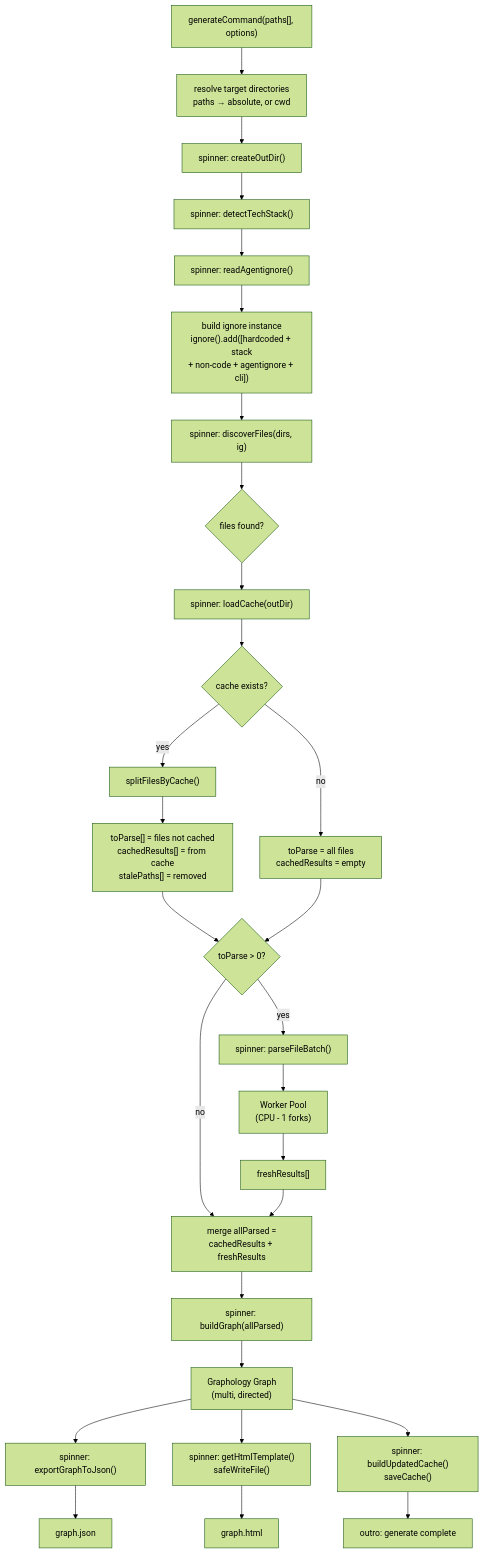
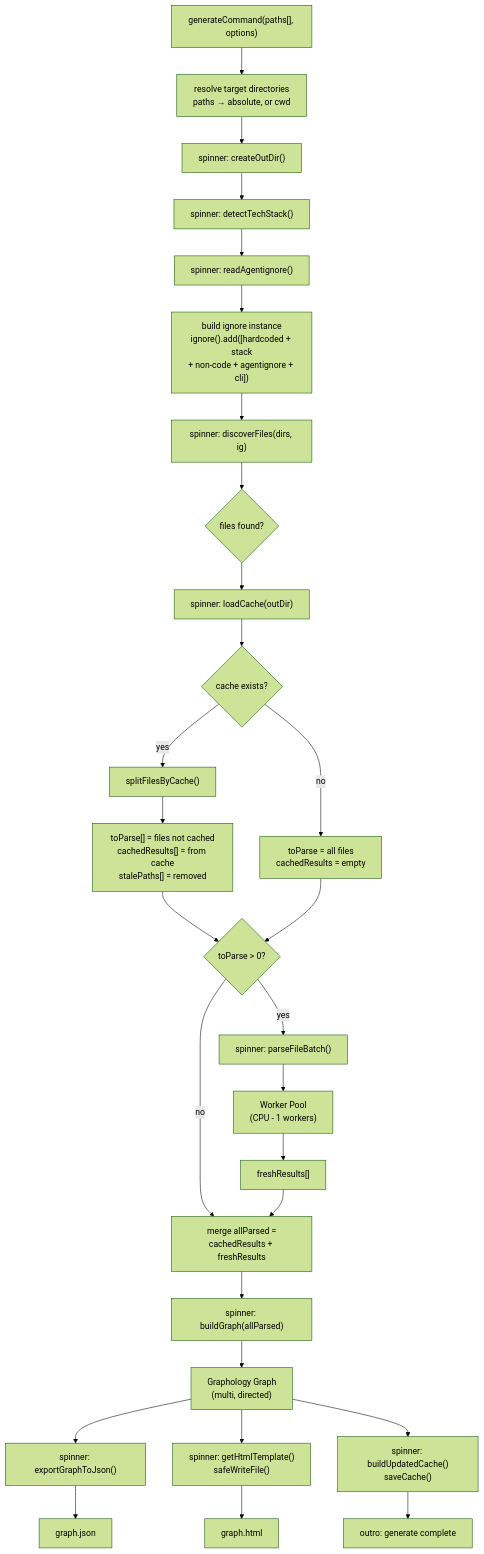
Before and after one commit to Arham-Qureshi/codebase-vis: the third of 11 diagrams in ARCHITECTURE/cli.md, drawn with Mermaid (forest theme).

Commit message:
docs: update cli — worker pool references

````diff
--- a/ARCHITECTURE/cli.md
+++ b/ARCHITECTURE/cli.md
@@ -101,43 +101,43 @@
 ```mermaid
 flowchart TD
     START["generateCommand(paths[], options)"] --> RESOLVE["resolve target directories<br/>paths → absolute, or cwd"]
     RESOLVE --> SPIN1["spinner: createOutDir()"]
     SPIN1 --> SPIN2["spinner: detectTechStack()"]
     SPIN2 --> SPIN3["spinner: readAgentignore()"]
 
     SPIN3 --> IGNORE["build ignore instance<br/>ignore().add([hardcoded + stack<br/>+ non-code + agentignore + cli])"]
 
     IGNORE --> DISCOVER["spinner: discoverFiles(dirs, ig)"]
     DISCOVER --> FILES{"files found?"}
 
     FILES --> CACHE["spinner: loadCache(outDir)"]
     CACHE --> SPLIT{"cache exists?"}
 
     SPLIT -->|yes| SPLIT2["splitFilesByCache()"]
     SPLIT2 --> TOPARSE["toParse[] = files not cached<br/>cachedResults[] = from cache<br/>stalePaths[] = removed"]
 
     SPLIT -->|no| TOPARSE2["toParse = all files<br/>cachedResults = empty"]
 
     TOPARSE --> PARSE{"toParse > 0?"}
     TOPARSE2 --> PARSE
 
     PARSE -->|yes| WORKER["spinner: parseFileBatch()"]
-    WORKER --> POOL["Worker Pool<br/>(CPU - 1 forks)"]
+    WORKER --> POOL["Worker Pool<br/>(CPU - 1 workers)"]
     POOL --> RESULTS["freshResults[]"]
 
     PARSE -->|no| MERGE
 
     RESULTS --> MERGE["merge allParsed =<br/>cachedResults + freshResults"]
     MERGE --> BUILD["spinner: buildGraph(allParsed)"]
 
     BUILD --> GRAPH_OBJ["Graphology Graph<br/>(multi, directed)"]
     GRAPH_OBJ --> EXPORT["spinner: exportGraphToJson()"]
     EXPORT --> GJ["graph.json"]
 
     GRAPH_OBJ --> HTML["spinner: getHtmlTemplate()<br/>safeWriteFile()"]
     HTML --> GH["graph.html"]
 
     GRAPH_OBJ --> CACHE_SAVE["spinner: buildUpdatedCache()<br/>saveCache()"]
 
     CACHE_SAVE --> OUTRO["outro: generate complete"]
 ```
````
